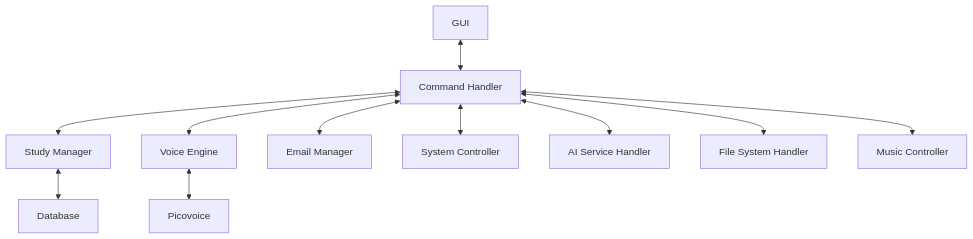
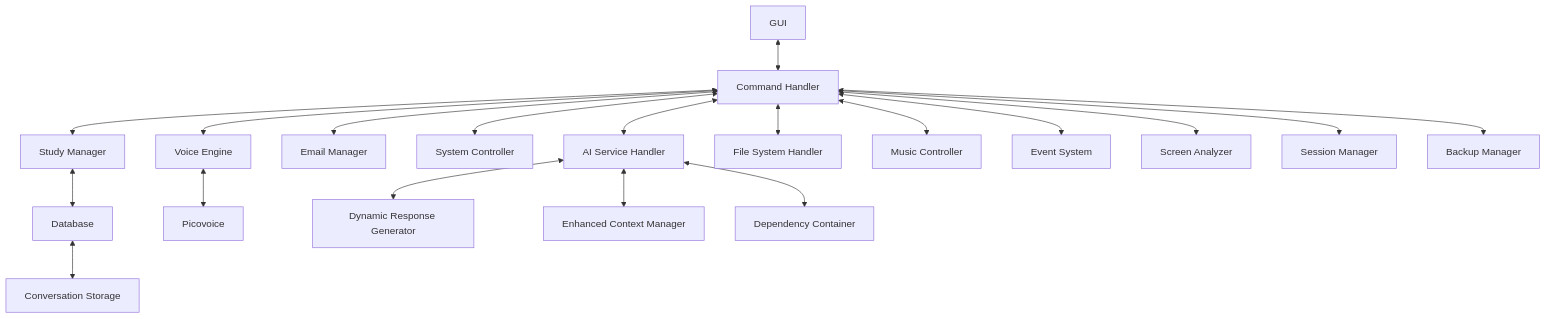
The diagram in README.md (Mainali1/Ai-Anna), drawn with Mermaid before and after one commit. The commit also changed other lines of this file and 27 other files, not shown here.

````diff
--- a/README.md
+++ b/README.md
@@ -117,13 +125,21 @@
 ```mermaid
 graph TD
     A[GUI] <--> B[Command Handler]
     B <--> C[Study Manager]
     B <--> D[Voice Engine]
     B <--> E[Email Manager]
     B <--> F[System Controller]
     B <--> G[AI Service Handler]
     B <--> H[File System Handler]
     B <--> I[Music Controller]
+    B <--> L[Event System]
+    B <--> M[Screen Analyzer]
+    B <--> N[Session Manager]
+    B <--> O[Backup Manager]
     C <--> J[Database]
     D <--> K[Picovoice]
+    G <--> P[Dynamic Response Generator]
+    G <--> Q[Enhanced Context Manager]
+    G <--> R[Dependency Container]
+    J <--> S[Conversation Storage]
 ```
````
